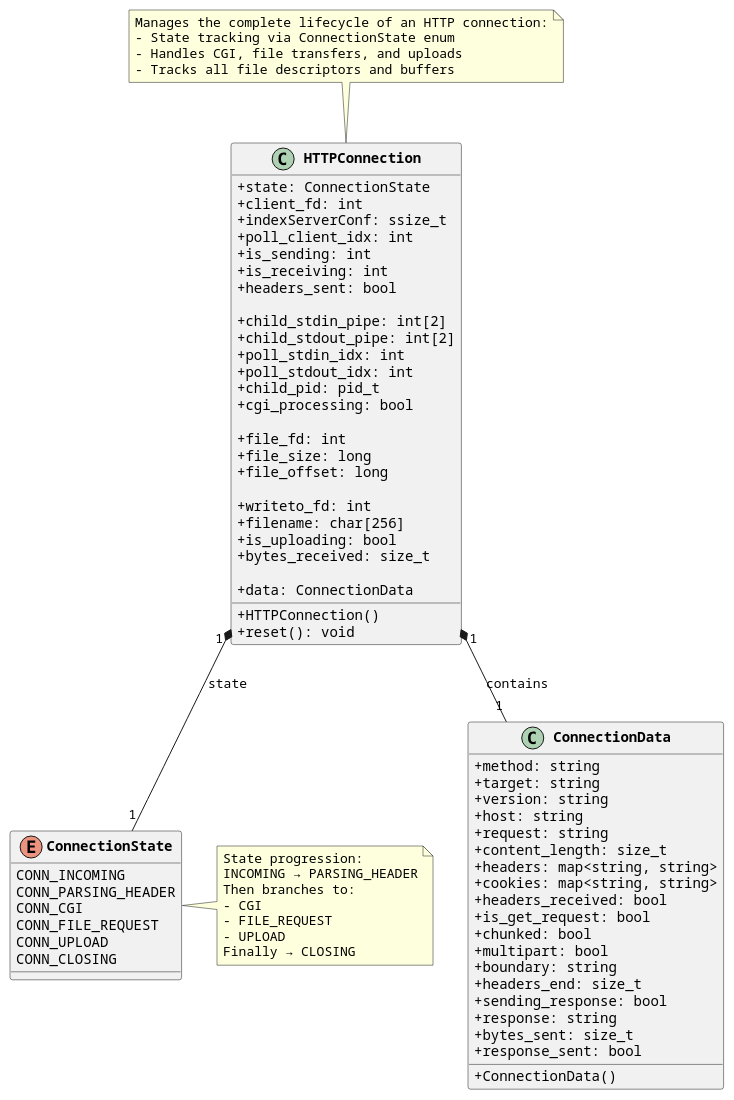
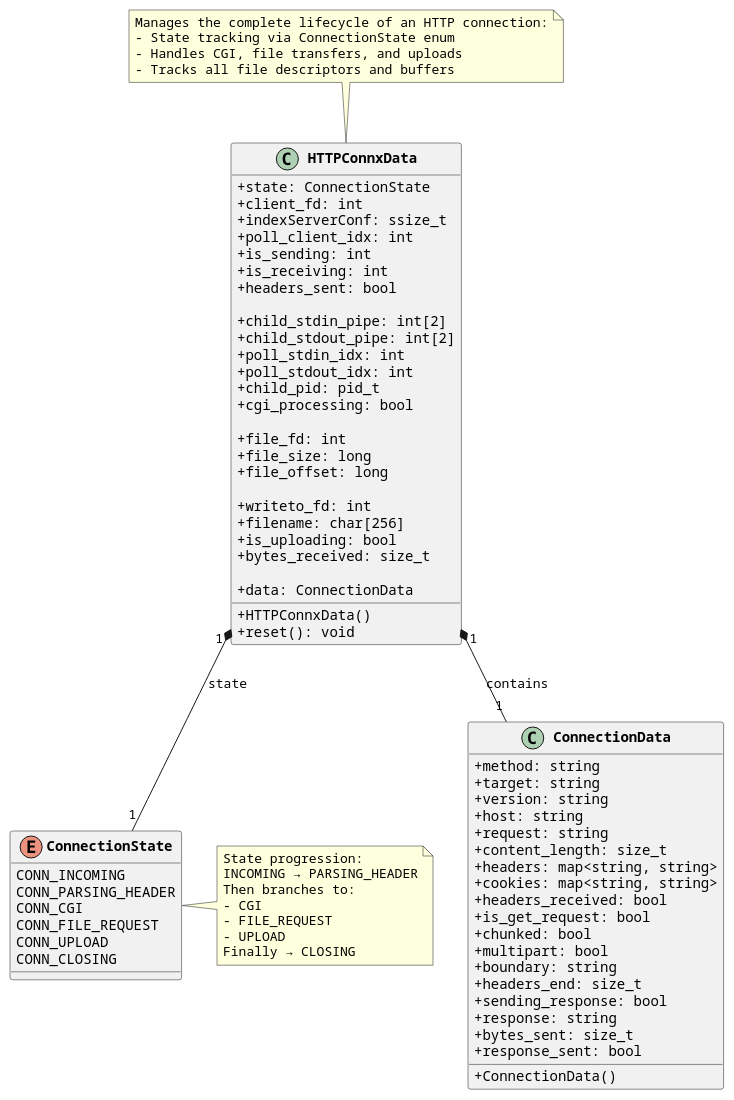
Before and after one commit to multitudes/httpwebserver: the second of 2 diagrams in docs/plantUMLCode.md, drawn with PlantUML. The commit also changed 6 other files, not shown here.

```diff
--- a/docs/plantUMLCode.md
+++ b/docs/plantUMLCode.md
@@ -116,7 +116,7 @@
 }
 
 ' Main class
-class HTTPConnection {
+class HTTPConnxData {
     + state: ConnectionState
     + client_fd: int
     + indexServerConf: ssize_t
@@ -147,15 +147,15 @@
     ' Nested data
     + data: ConnectionData
     
-    + HTTPConnection()
+    + HTTPConnxData()
     + reset(): void
 }
 
 ' Relationships
-HTTPConnection "1" *-- "1" ConnectionData : contains
-HTTPConnection "1" *-- "1" ConnectionState : state
+HTTPConnxData "1" *-- "1" ConnectionData : contains
+HTTPConnxData "1" *-- "1" ConnectionState : state
 
-note top of HTTPConnection
+note top of HTTPConnxData
   Manages the complete lifecycle of an HTTP connection:
   - State tracking via ConnectionState enum
   - Handles CGI, file transfers, and uploads
```
